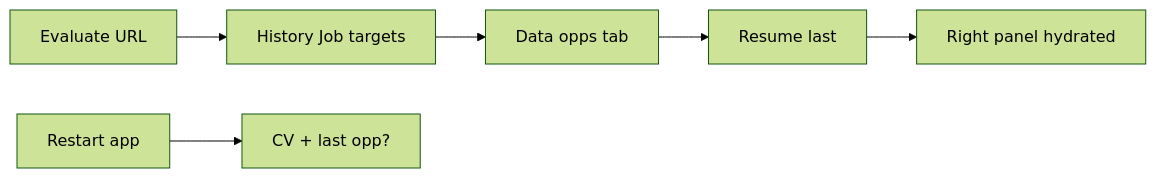
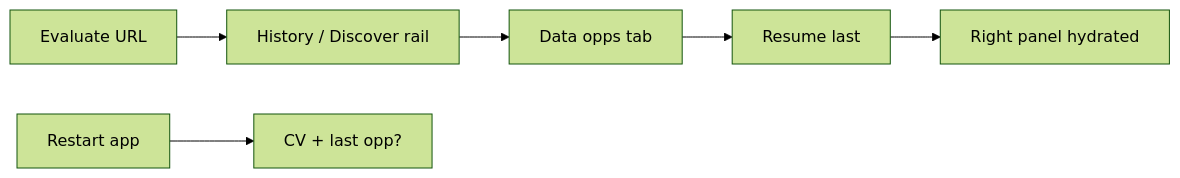
Before and after one commit to p10ns11y/collab-finder: the sixth of 16 diagrams in reports/batch-2-engineering-blueprints.md, drawn with Mermaid (forest theme). The commit also changed 2 other files, not shown here.

Commit message:
docs: fix Mermaid parse error in Current system diagram (quote node label with outer double quotes for inner ' ); update more terminology in reports to Discover/Xplore for 100% code reality

````diff
--- a/reports/batch-2-engineering-blueprints.md
+++ b/reports/batch-2-engineering-blueprints.md
@@ -175,8 +175,8 @@
 ```mermaid
 flowchart LR
-  A[Evaluate URL] --> B[History Job targets]
+  A[Evaluate URL] --> B[History / Discover rail]
   B --> C[Data opps tab]
   C --> D[Resume last]
   D --> E[Right panel hydrated]
   F[Restart app] --> G[CV + last opp?]
 ```
````
